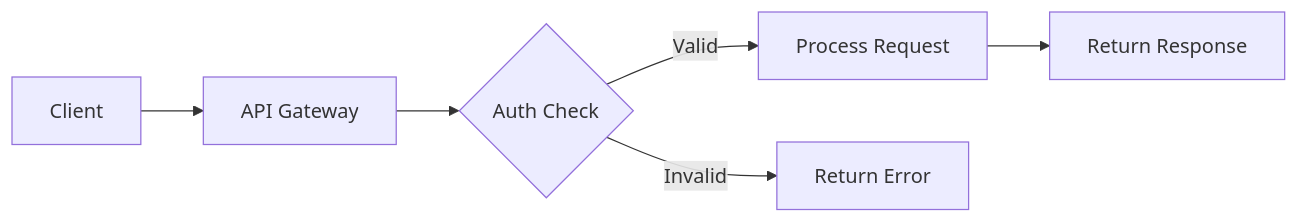
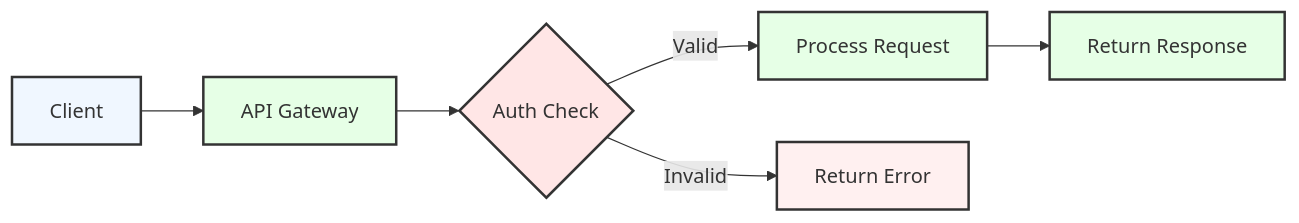
Before and after one commit to kafle1/timetablepro: the seventh of 10 diagrams in docs/API.md, drawn with Mermaid. The commit also changed other lines of this file and 1 other file, not shown here.

Commit message:
docs: improve diagram colors for better text visibility

````diff
--- a/docs/API.md
+++ b/docs/API.md
@@ -489,8 +489,20 @@
 ```mermaid
 graph LR
     A[Client] --> B[API Gateway]
     B --> C{Auth Check}
     C -->|Valid| D[Process Request]
     C -->|Invalid| E[Return Error]
     D --> F[Return Response]
+
+    classDef default fill:#f0f7ff,stroke:#333,stroke-width:2px
+    classDef gateway fill:#e6ffe6,stroke:#333,stroke-width:2px
+    classDef check fill:#ffe6e6,stroke:#333,stroke-width:2px
+    classDef error fill:#fff0f0,stroke:#333,stroke-width:2px
+    classDef success fill:#e6ffe6,stroke:#333,stroke-width:2px
+
+    class A default
+    class B gateway
+    class C check
+    class D,F success
+    class E error
 ```
````
